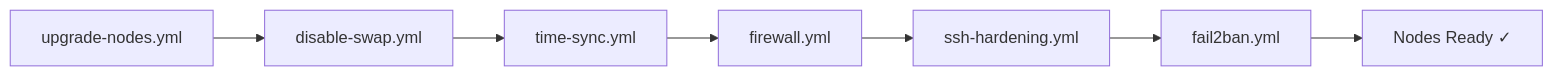
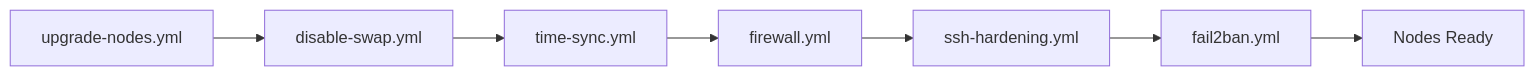
The second of 2 diagrams in docs/guides/01-Node-Preparation-Hardening.md (Kagiso-me/homelab-infrastructure), drawn with Mermaid before and after one commit. The commit also changed other lines of this file and 47 other files, not shown here.

````diff
--- a/docs/guides/01-Node-Preparation-Hardening.md
+++ b/docs/guides/01-Node-Preparation-Hardening.md
@@ -343,9 +375,9 @@
 ```mermaid
 graph LR
     A[upgrade-nodes.yml] --> B[disable-swap.yml]
     B --> C[time-sync.yml]
     C --> D[firewall.yml]
     D --> E[ssh-hardening.yml]
     E --> F[fail2ban.yml]
-    F --> G[Nodes Ready ✓]
+    F --> G[Nodes Ready]
 ```
````
